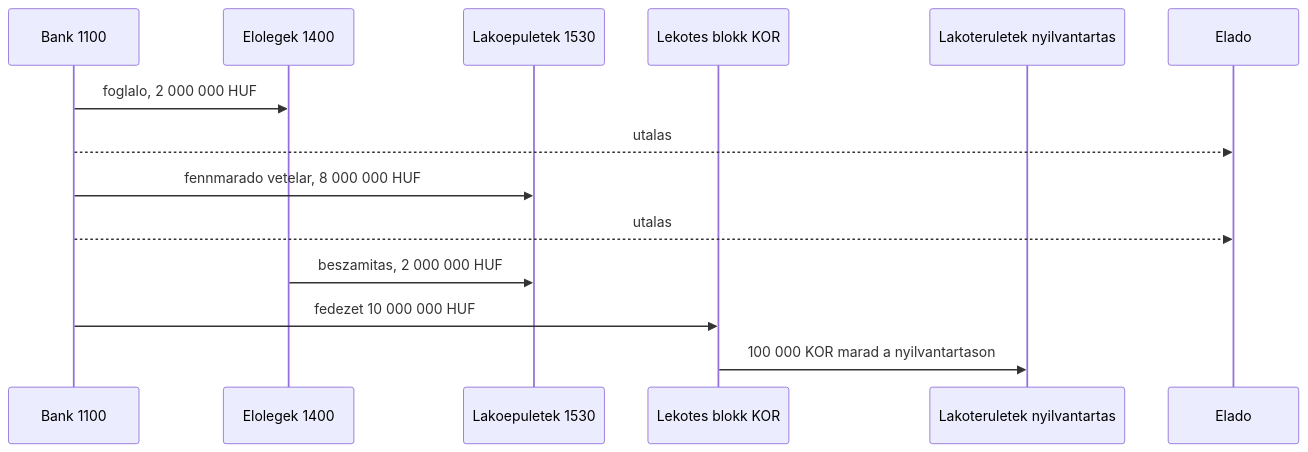
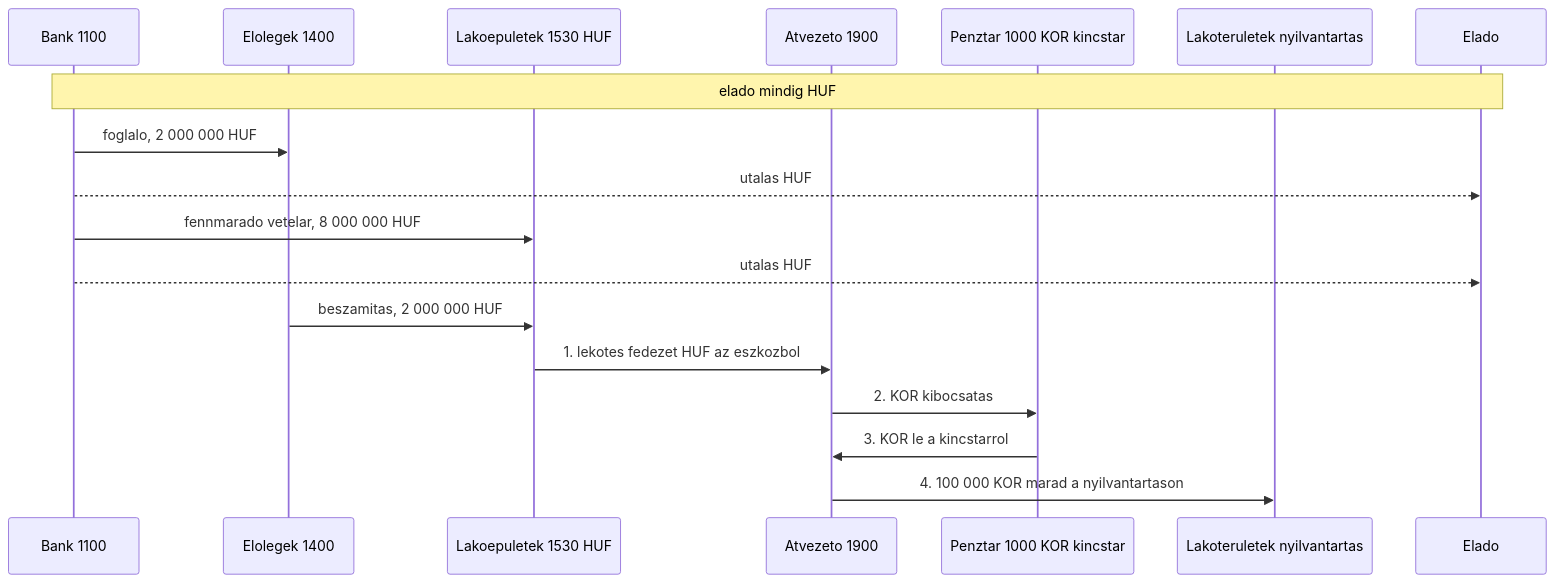
The ninth of 17 diagrams in docs/transaction-workflow.md (pitiboy/curr), drawn with Mermaid before and after one commit. The commit also changed other lines of this file, not shown here.

````diff
--- a/docs/transaction-workflow.md
+++ b/docs/transaction-workflow.md
@@ -422,17 +433,21 @@
 ```mermaid
 sequenceDiagram
   participant Bank as Bank 1100
   participant Eloleg as Elolegek 1400
-  participant Haz as Lakoepuletek 1530
-  participant Lekotes as Lekotes blokk KOR
+  participant Haz as Lakoepuletek 1530 HUF
+  participant Atv as Atvezeto 1900
+  participant Kt as Penztar 1000 KOR kincstar
   participant Nyilv as Lakoteruletek nyilvantartas
   participant Elado as Elado
 
+  Note over Bank,Elado: elado mindig HUF
   Bank->>Eloleg: foglalo, 2 000 000 HUF
-  Bank-->>Elado: utalas
+  Bank-->>Elado: utalas HUF
   Bank->>Haz: fennmarado vetelar, 8 000 000 HUF
-  Bank-->>Elado: utalas
+  Bank-->>Elado: utalas HUF
   Eloleg->>Haz: beszamitas, 2 000 000 HUF
-  Bank->>Lekotes: fedezet 10 000 000 HUF
-  Lekotes->>Nyilv: 100 000 KOR marad a nyilvantartason
+  Haz->>Atv: 1. lekotes fedezet HUF az eszkozbol
+  Atv->>Kt: 2. KOR kibocsatas
+  Kt->>Atv: 3. KOR le a kincstarrol
+  Atv->>Nyilv: 4. 100 000 KOR marad a nyilvantartason
 ```
````
